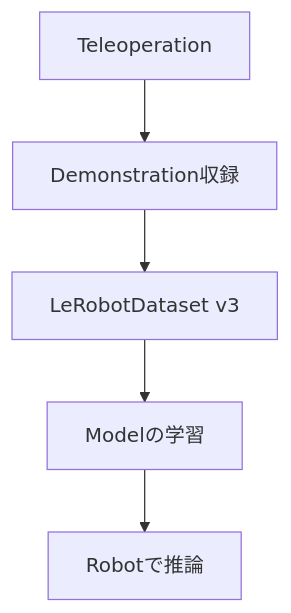
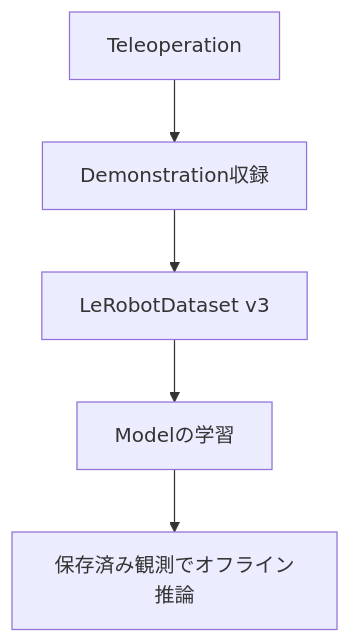
Before and after one commit to 26Taku/aloha-vla-reference: the second of 2 diagrams in docs/01_reference_stack.md, drawn with Mermaid. The commit also changed other lines of this file and 29 other files, not shown here.

````diff
--- a/docs/01_reference_stack.md
+++ b/docs/01_reference_stack.md
@@ -96,7 +96,7 @@
 ```mermaid
 flowchart TD
     A["Teleoperation"] --> B["Demonstration収録"]
     B --> C["LeRobotDataset v3"]
     C --> D["Modelの学習"]
-    D --> E["Robotで推論"]
+    D --> E["保存済み観測でオフライン推論"]
 ```
````
